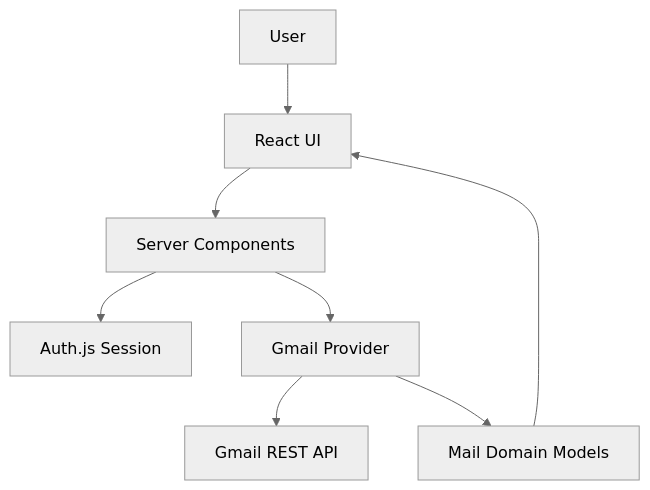
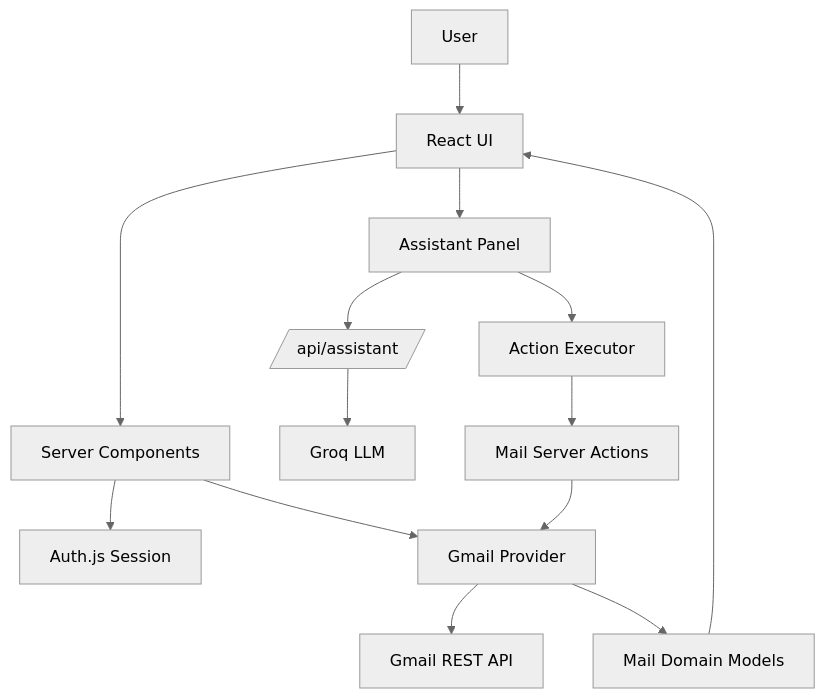
Before and after one commit to itsbhavsagar/processity-mail-ai: the diagram in README.md, drawn with Mermaid (neutral theme). The commit also changed other lines of this file, not shown here.

````diff
--- a/README.md
+++ b/README.md
@@ -19,10 +19,16 @@
 ```mermaid
 flowchart TD
     User[User] --> UI[React UI]
     UI --> SC[Server Components]
+    UI --> AP[Assistant Panel]
+    AP --> API2[/api/assistant/]
+    API2 --> Groq[Groq LLM]
+    AP --> Executor[Action Executor]
+    Executor --> MailActions[Mail Server Actions]
     SC --> Auth[Auth.js Session]
     SC --> Provider[Gmail Provider]
+    MailActions --> Provider
     Provider --> API[Gmail REST API]
     Provider --> Domain[Mail Domain Models]
     Domain --> UI
 ```
````
